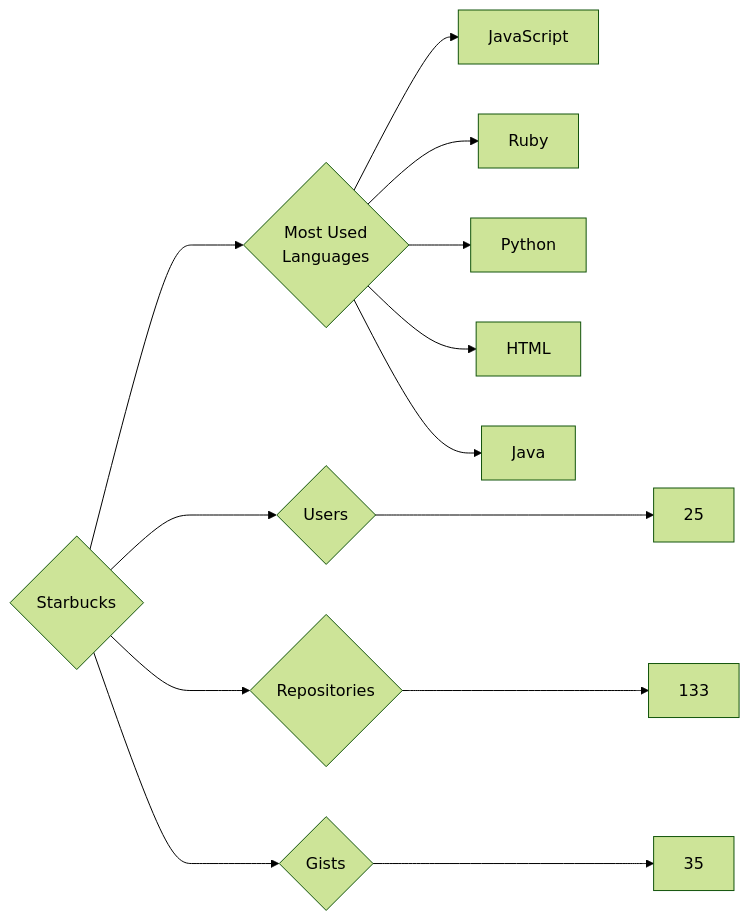
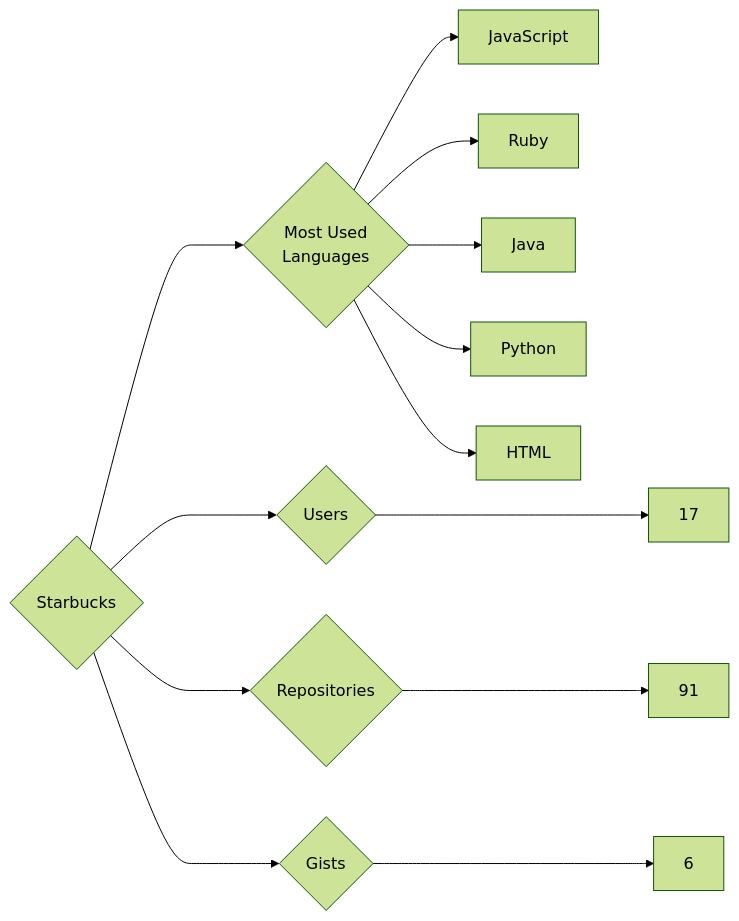
One commit to trickest/insiders changed the diagram in targets/Starbucks/README.md. Above: the diagram before and after it, drawn with Mermaid (forest theme). The commit also changed 912 other files, not shown here.

````diff
--- a/targets/Starbucks/README.md
+++ b/targets/Starbucks/README.md
@@ -3,13 +3,13 @@
 ```mermaid
 graph LR
 COMPANY_NAME{Starbucks}
-COMPANY_NAME ---> U{Users} ---> UN[25]
-COMPANY_NAME ---> R{Repositories} ---> RN[133]
-COMPANY_NAME ---> G{Gists} ---> GN[35]
+COMPANY_NAME ---> U{Users} ---> UN[17]
+COMPANY_NAME ---> R{Repositories} ---> RN[91]
+COMPANY_NAME ---> G{Gists} ---> GN[6]
 COMPANY_NAME ---> ML{Most Used<br>Languages}
 ML --> JavaScript[JavaScript]
 ML --> Ruby[Ruby]
+ML --> Java[Java]
 ML --> Python[Python]
 ML --> HTML[HTML]
-ML --> Java[Java]
 ```
````
